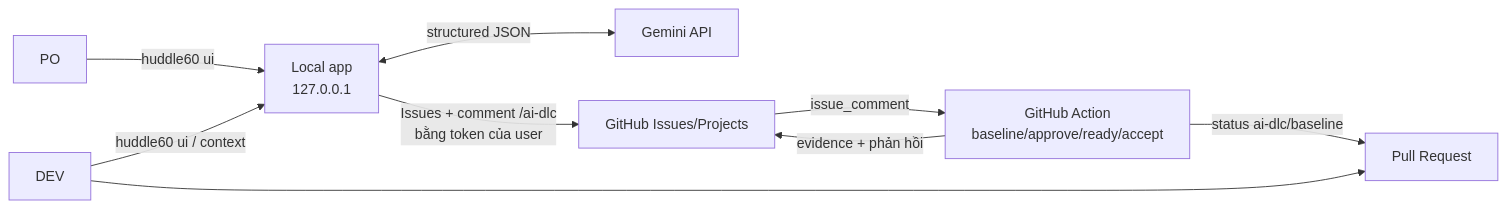
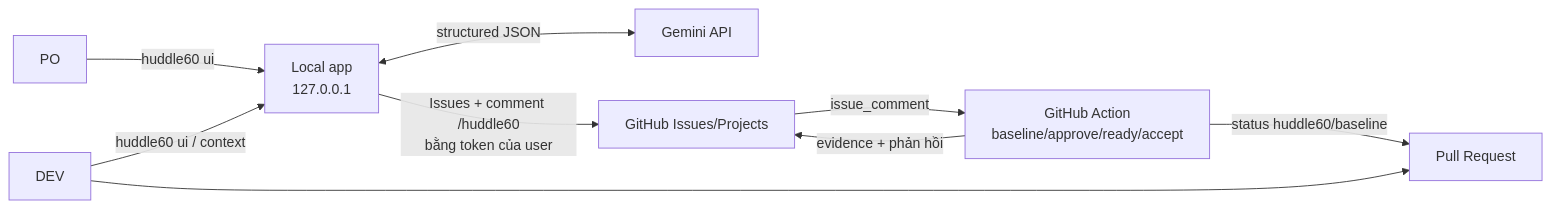
The diagram in README.md (tadev999/huddle60), drawn with Mermaid before and after one commit. The commit also changed other lines of this file and 52 other files, not shown here.

````diff
--- a/README.md
+++ b/README.md
@@ -118,11 +123,11 @@
 ```mermaid
 flowchart LR
     PO[PO] -->|huddle60 ui| L[Local app<br/>127.0.0.1]
     DEV[DEV] -->|huddle60 ui / context| L
     L <-->|structured JSON| G[Gemini API]
-    L -->|Issues + comment /ai-dlc<br/>bằng token của user| GH[GitHub Issues/Projects]
+    L -->|Issues + comment /huddle60<br/>bằng token của user| GH[GitHub Issues/Projects]
     GH -->|issue_comment| A[GitHub Action<br/>baseline/approve/ready/accept]
     A -->|evidence + phản hồi| GH
     DEV --> PR[Pull Request]
-    A -->|status ai-dlc/baseline| PR
+    A -->|status huddle60/baseline| PR
 ```
````
